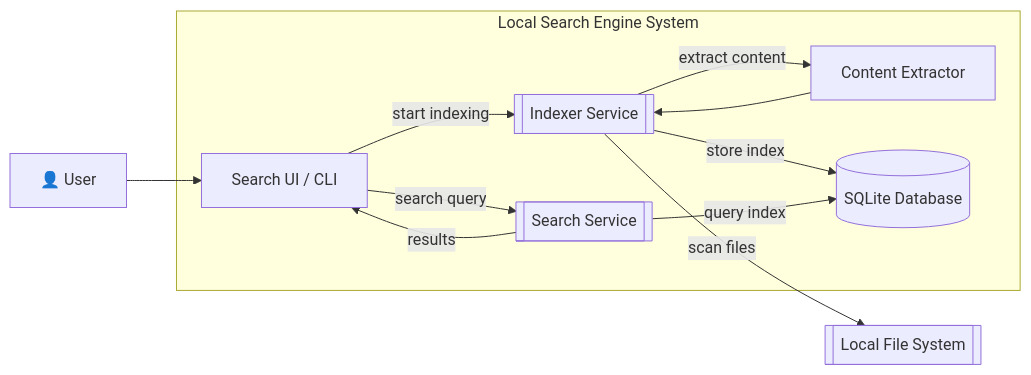
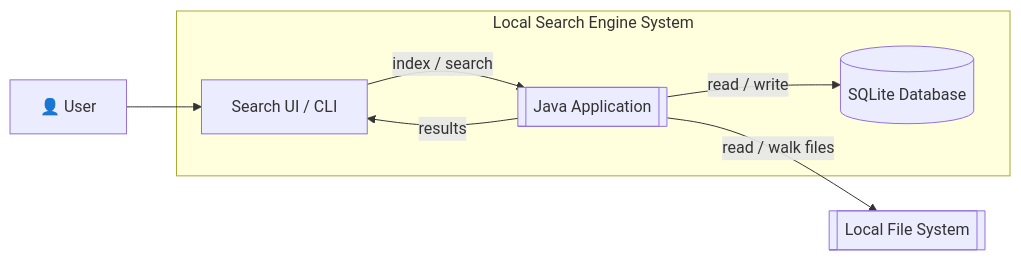
One commit to pold8/Local-Search-Engine changed the second of 3 diagrams in ARHITECTURE.md. Above: the diagram before and after it, drawn with Mermaid. The commit also changed other lines of this file, not shown here.

Commit message:
modified the diagrams in arhitecture

````diff
--- a/ARHITECTURE.md
+++ b/ARHITECTURE.md
@@ -29,32 +29,18 @@
 ```mermaid
 flowchart LR
     User["👤 User"]
 
     subgraph System[Local Search Engine System]
-
         UI[Search UI / CLI]
-
-        Indexer[[Indexer Service]]
-        Search[[Search Service]]
-
-        Parser[Content Extractor]
-
+        App[[Java Application]]
         DB[(SQLite Database)]
     end
 
     FS[[Local File System]]
 
     User --> UI
-
-    UI -->|start indexing| Indexer
-    UI -->|search query| Search
-
-    Indexer -->|scan files| FS
-    Indexer -->|extract content| Parser
-    Parser --> Indexer
-
-    Indexer -->|store index| DB
-    Search -->|query index| DB
-
-    Search -->|results| UI
+    UI -->|index / search| App
+    App -->|read / walk files| FS
+    App -->|read / write| DB
+    App -->|results| UI
 ```
````
